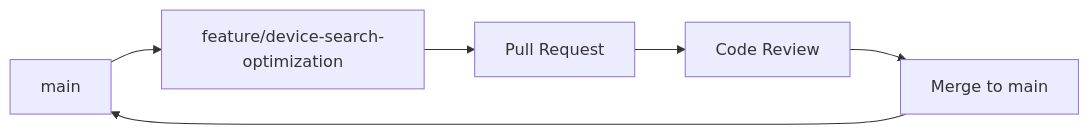
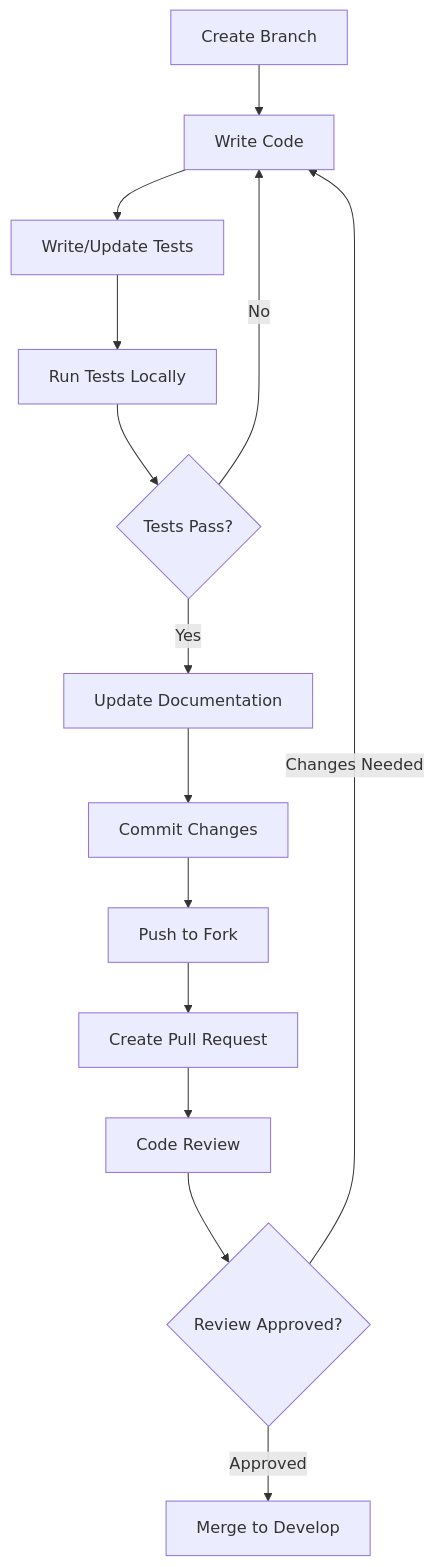
One commit to flamingo-stack/openframe-oss-lib changed the second of 4 diagrams in docs/development/contributing/guidelines.md. Above: the diagram before and after it, drawn with Mermaid. The commit also changed other lines of this file and 12 other files, not shown here.

````diff
--- a/docs/development/contributing/guidelines.md
+++ b/docs/development/contributing/guidelines.md
@@ -94,8 +96,16 @@
 ```mermaid
-graph LR
-    MAIN[main] --> FEATURE[feature/device-search-optimization]
-    FEATURE --> PR[Pull Request]
-    PR --> REVIEW[Code Review]
-    REVIEW --> MERGE[Merge to main]
-    MERGE --> MAIN
+flowchart TD
+    A[Create Branch] --> B[Write Code]
+    B --> C[Write/Update Tests]
+    C --> D[Run Tests Locally]
+    D --> E{Tests Pass?}
+    E -->|No| B
+    E -->|Yes| F[Update Documentation]
+    F --> G[Commit Changes]
+    G --> H[Push to Fork]
+    H --> I[Create Pull Request]
+    I --> J[Code Review]
+    J --> K{Review Approved?}
+    K -->|Changes Needed| B
+    K -->|Approved| L[Merge to Develop]
 ```
````
